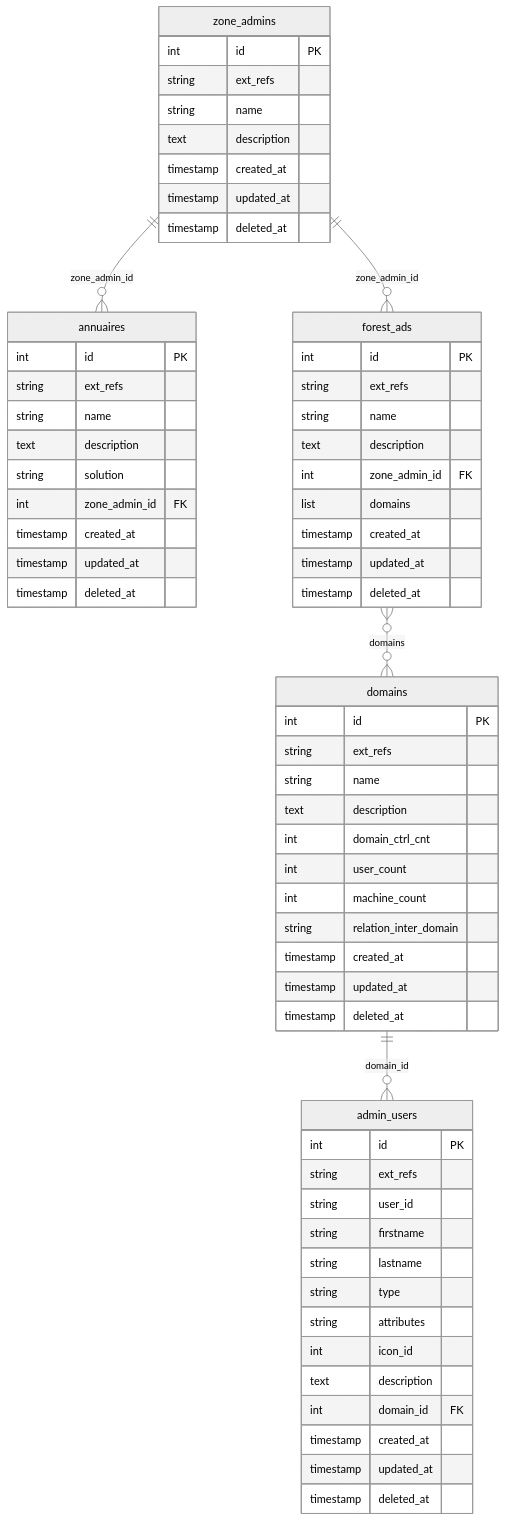
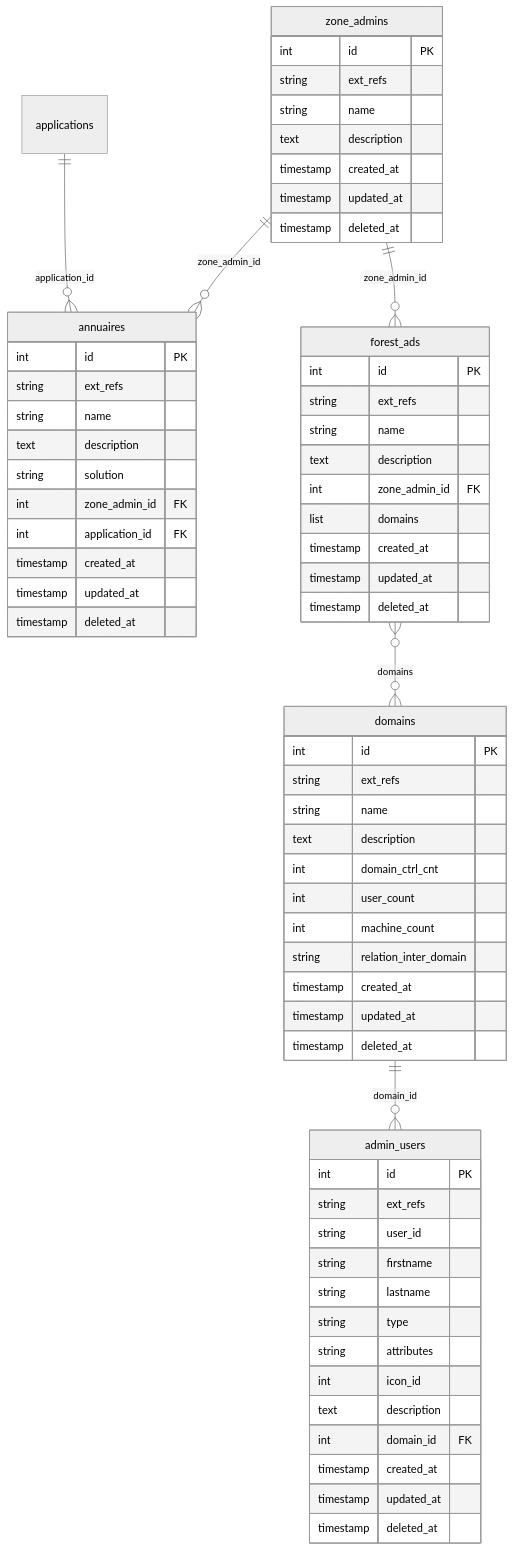
One commit to NeatNerdPrime/mercator changed the fifth of 8 diagrams in docs/model.fr.md. Above: the diagram before and after it, drawn with Mermaid (neutral theme). The commit also changed other lines of this file and 23 other files, not shown here.

Commit message:
add annuaires-application link

````diff
--- a/docs/model.fr.md
+++ b/docs/model.fr.md
@@ -1158,67 +1158,69 @@
 ```mermaid
 erDiagram
     zone_admins {
         int id PK
         string ext_refs
         string name
         text description
         timestamp created_at
         timestamp updated_at
         timestamp deleted_at
     }
     annuaires {
         int id PK
         string ext_refs
         string name
         text description
         string solution
         int zone_admin_id FK
+        int application_id FK
         timestamp created_at
         timestamp updated_at
         timestamp deleted_at
     }
     forest_ads {
         int id PK
         string ext_refs
         string name
         text description
         int zone_admin_id FK
         list domains
         timestamp created_at
         timestamp updated_at
         timestamp deleted_at
     }
     domains {
         int id PK
         string ext_refs
         string name
         text description
         int domain_ctrl_cnt
         int user_count
         int machine_count
         string relation_inter_domain
         timestamp created_at
         timestamp updated_at
         timestamp deleted_at
     }
     admin_users {
         int id PK
         string ext_refs
         string user_id
         string firstname
         string lastname
         string type
         string attributes
         int icon_id
         text description
         int domain_id FK
         timestamp created_at
         timestamp updated_at
         timestamp deleted_at
     }
 
     zone_admins ||--o{ annuaires : "zone_admin_id"
     zone_admins ||--o{ forest_ads : "zone_admin_id"
+    applications ||--o{ annuaires : "application_id"
     forest_ads }o--o{ domains : "domains"
     domains ||--o{ admin_users : "domain_id"
 ```
````
